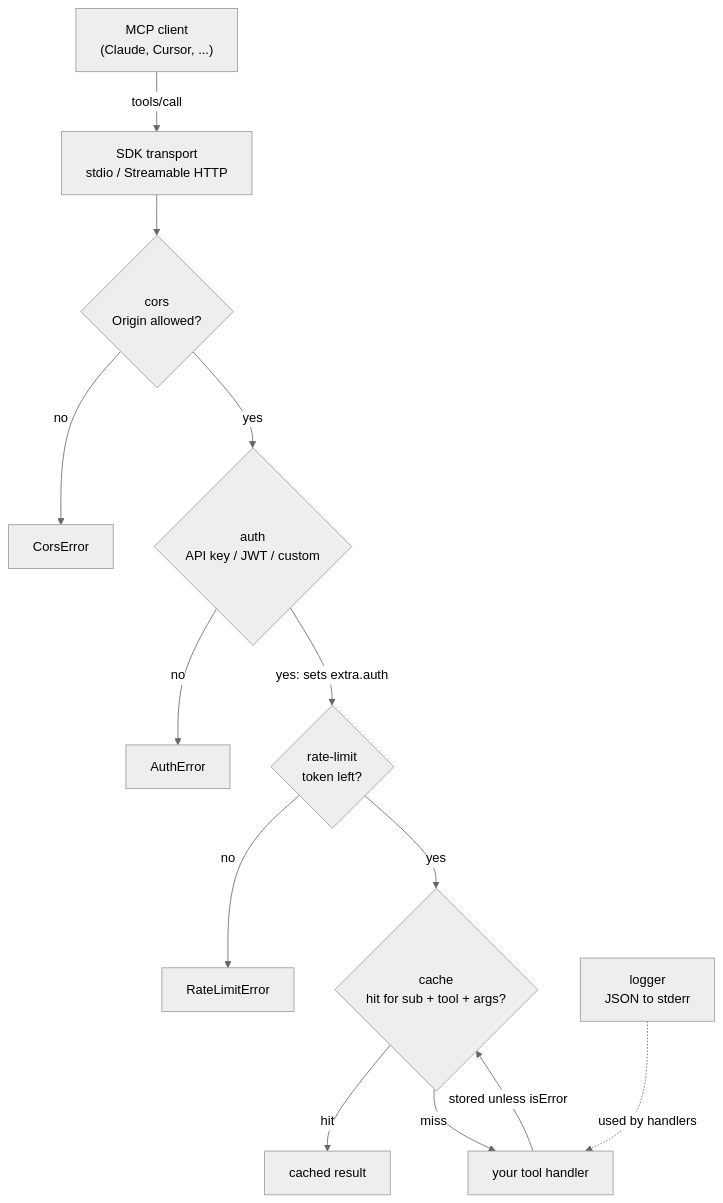
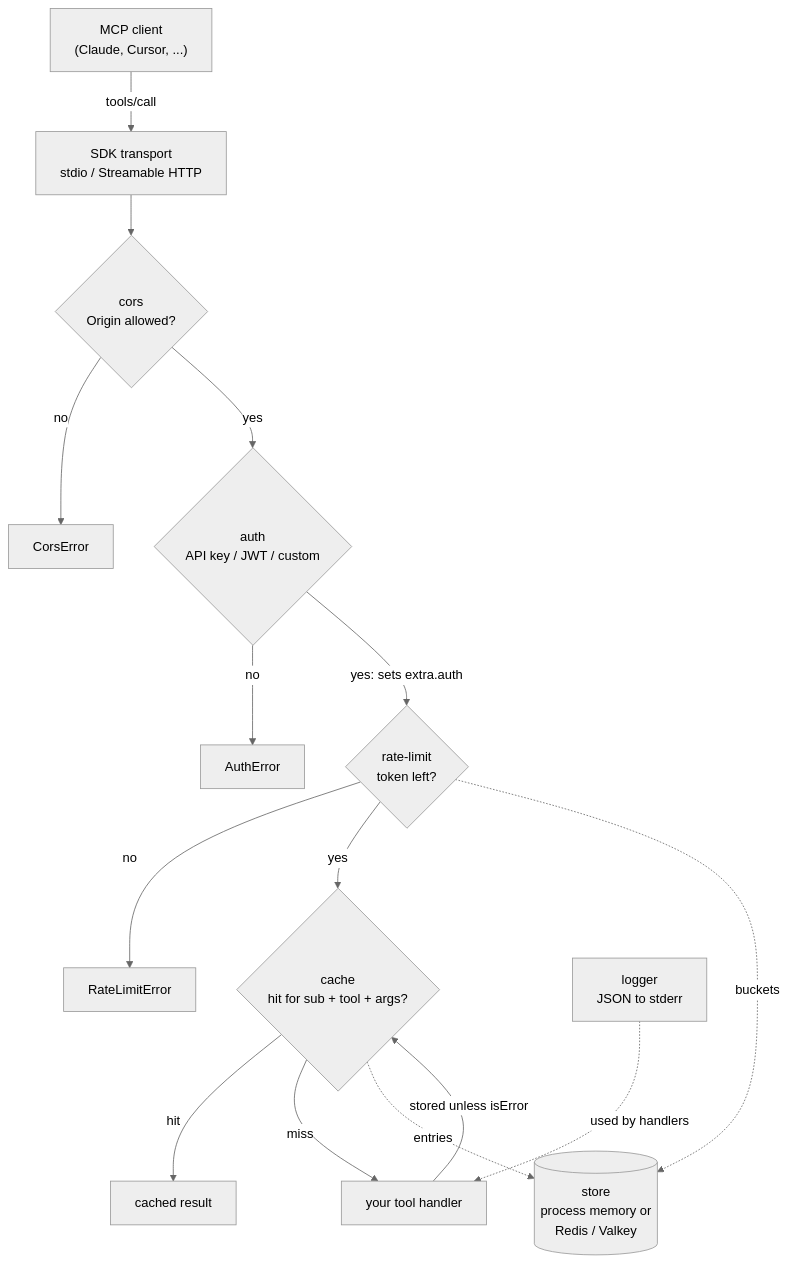
One commit to Sagargupta16/mcp-toolkit changed the diagram in README.md. Above: the diagram before and after it, drawn with Mermaid (neutral theme). The commit also changed other lines of this file and 26 other files, not shown here.

First line of the commit message:
feat: redis and valkey stores for cache and rate-limit, e2e tests, release 0.3.0 (#63)

````diff
--- a/README.md
+++ b/README.md
@@ -240,15 +279,17 @@
 ```mermaid
 flowchart TD
     C["MCP client<br/>(Claude, Cursor, ...)"] -->|tools/call| T["SDK transport<br/>stdio / Streamable HTTP"]
     T --> CORS{"cors<br/>Origin allowed?"}
     CORS -- no --> E1["CorsError"]
     CORS -- yes --> AUTH{"auth<br/>API key / JWT / custom"}
     AUTH -- no --> E2["AuthError"]
     AUTH -- "yes: sets extra.auth" --> RL{"rate-limit<br/>token left?"}
     RL -- no --> E3["RateLimitError"]
     RL -- yes --> CACHE{"cache<br/>hit for sub + tool + args?"}
     CACHE -- hit --> R["cached result"]
     CACHE -- miss --> H["your tool handler"]
     H -->|"stored unless isError"| CACHE
     L["logger<br/>JSON to stderr"] -.->|used by handlers| H
+    RL -.->|"buckets"| S[("store<br/>process memory or<br/>Redis / Valkey")]
+    CACHE -.->|"entries"| S
 ```
````
